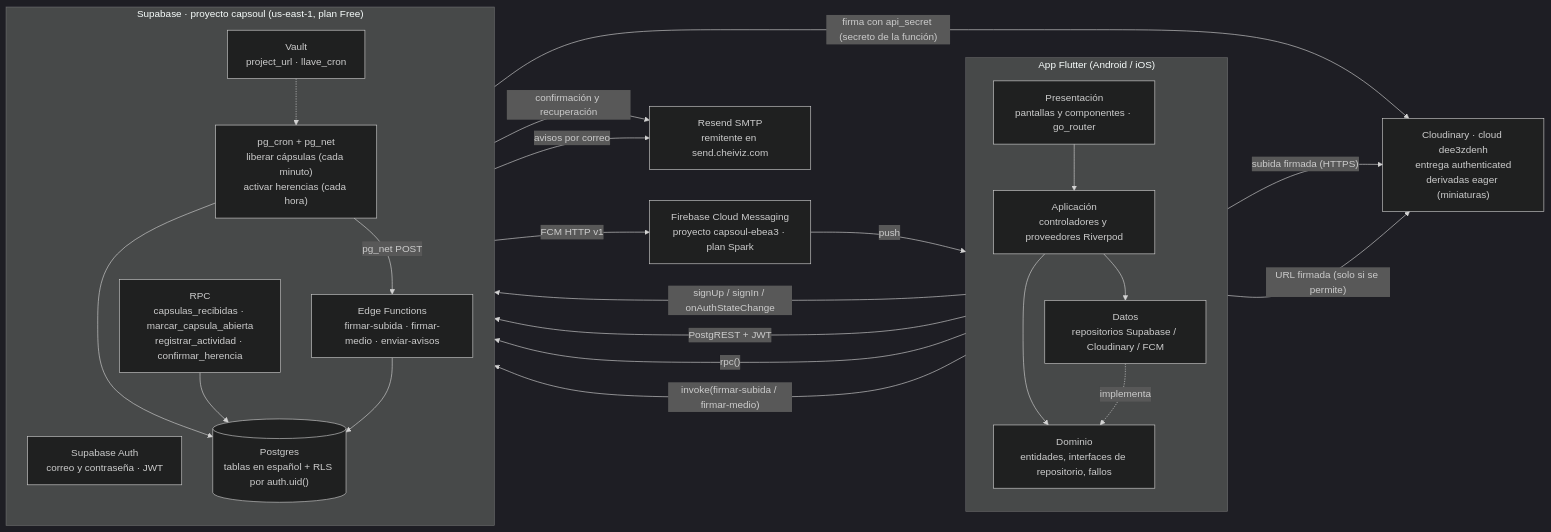
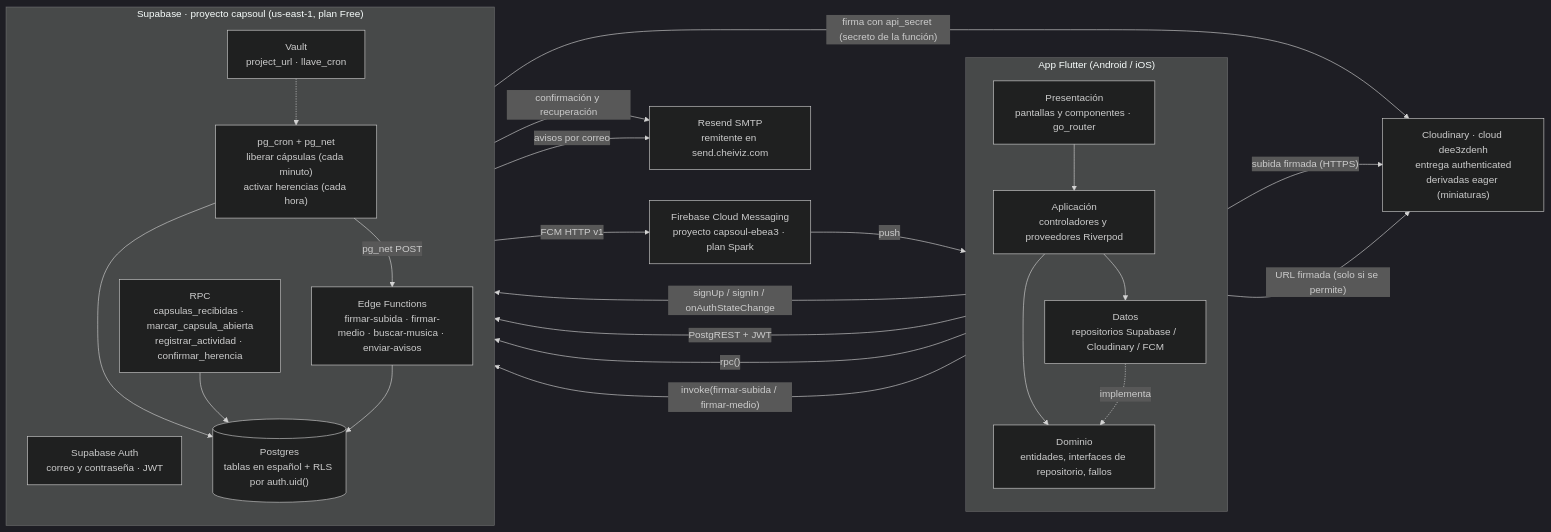
The first of 5 diagrams in docs/arquitectura.md (DeibyRamirez/Capsoul), drawn with Mermaid (dark theme) before and after one commit. The commit also changed other lines of this file and 12 other files, not shown here.

First line of the commit message:
documentación(proyecto): arquitectura, flujos, ER y migraciones oct 2026

````diff
--- a/docs/arquitectura.md
+++ b/docs/arquitectura.md
@@ -12,44 +12,44 @@
 ```mermaid
 flowchart LR
     subgraph App["App Flutter (Android / iOS)"]
         direction TB
         P["Presentación<br/>pantallas y componentes · go_router"]
         A["Aplicación<br/>controladores y proveedores Riverpod"]
         D["Dominio<br/>entidades, interfaces de repositorio, fallos"]
         R["Datos<br/>repositorios Supabase / Cloudinary / FCM"]
         P --> A --> D
         R -. implementa .-> D
         A --> R
     end
 
     subgraph SB["Supabase · proyecto capsoul (us-east-1, plan Free)"]
         direction TB
         AUTH["Supabase Auth<br/>correo y contraseña · JWT"]
         PG[("Postgres<br/>tablas en español + RLS por auth.uid()")]
         RPC["RPC<br/>capsulas_recibidas · marcar_capsula_abierta<br/>registrar_actividad · confirmar_herencia"]
-        EF["Edge Functions<br/>firmar-subida · firmar-medio · enviar-avisos"]
+        EF["Edge Functions<br/>firmar-subida · firmar-medio · buscar-musica · enviar-avisos"]
         CRON["pg_cron + pg_net<br/>liberar cápsulas (cada minuto)<br/>activar herencias (cada hora)"]
         VAULT["Vault<br/>project_url · llave_cron"]
         CRON --> PG
         CRON -- "pg_net POST" --> EF
         VAULT -.-> CRON
         RPC --> PG
         EF --> PG
     end
 
     CDN["Cloudinary · cloud dee3zdenh<br/>entrega authenticated<br/>derivadas eager (miniaturas)"]
     FCM["Firebase Cloud Messaging<br/>proyecto capsoul-ebea3 · plan Spark"]
     SMTP["Resend SMTP<br/>remitente en send.cheiviz.com"]
 
     R -- "signUp / signIn / onAuthStateChange" --> AUTH
     R -- "PostgREST + JWT" --> PG
     R -- "rpc()" --> RPC
     R -- "invoke(firmar-subida / firmar-medio)" --> EF
     R -- "subida firmada (HTTPS)" --> CDN
     R -- "URL firmada (solo si se permite)" --> CDN
     EF -- "firma con api_secret (secreto de la función)" --> CDN
     EF -- "FCM HTTP v1" --> FCM
     FCM -- "push" --> App
     AUTH -- "confirmación y recuperación" --> SMTP
     EF -- "avisos por correo" --> SMTP
 ```
````
